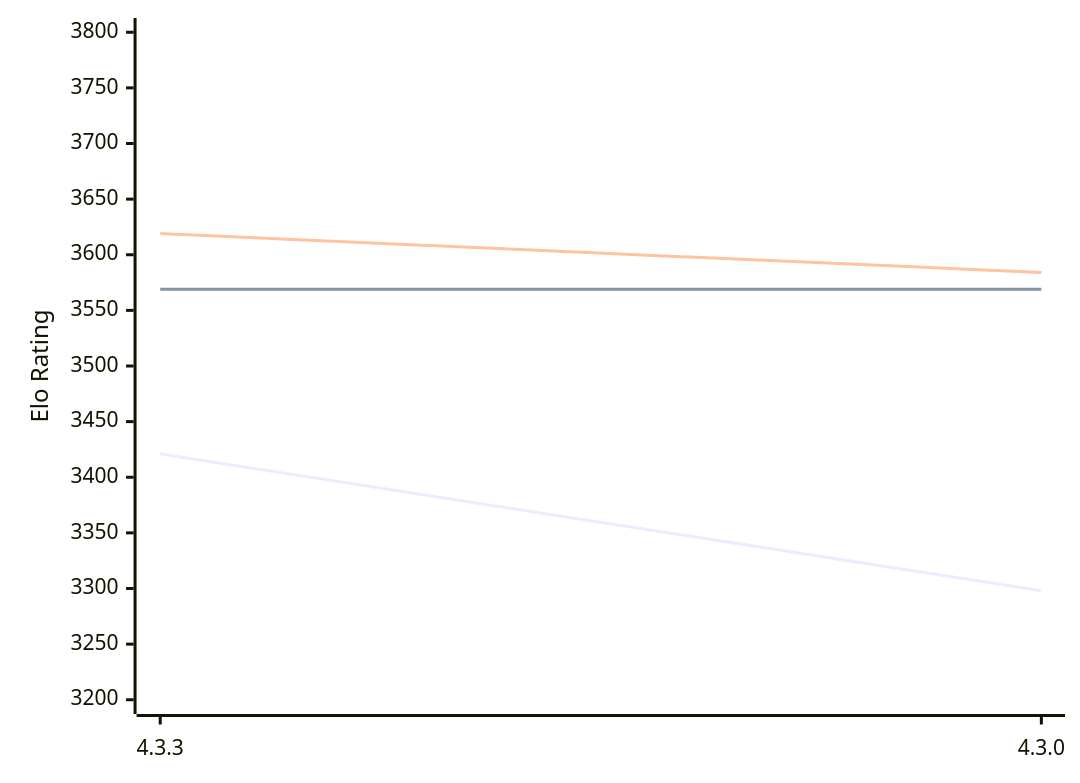
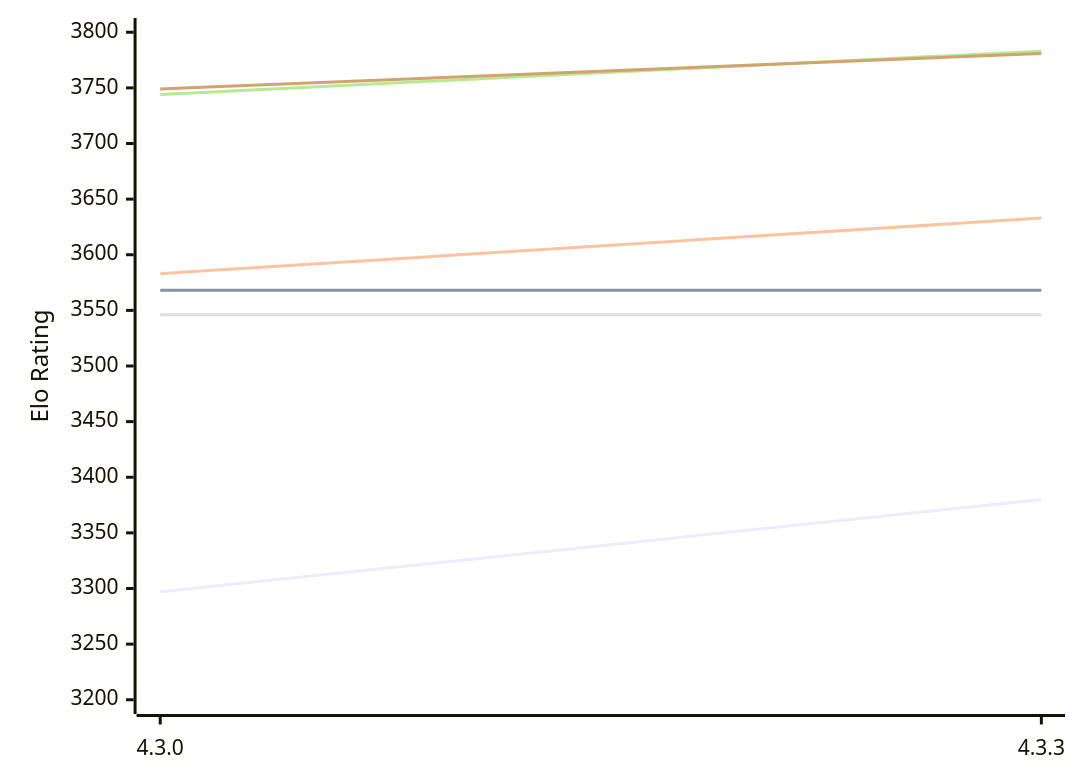
The first of 2 diagrams in engines/Gaia.md (computer-chess-index/cci), drawn with Mermaid before and after one commit. The commit also changed other lines of this file, not shown here.

Commit message:
Update CCI Ratings (ELO VLTC) - 2026-10-11

````diff
--- a/engines/Gaia.md
+++ b/engines/Gaia.md
@@ -54,12 +55,12 @@
 ```mermaid
 %%{init: {"theme":"base","themeVariables":{"seriesColors:['#a3a3a3','#222221','#faa371']}}}%%
 xychart-beta
-  x-axis ["4.3.3", "4.3.0"]
+  x-axis ["4.3.0", "4.3.3"]
   y-axis "Elo Rating" 3200 --> 3800
-  line "E1: STC (8.0+0.08s)" [3421, 3298]
-  line "E1: LTC (60.0+0.60s)" [3569, 3569]
-  line "E1: VLTC (2m24s+1.12s)" [3619, 3584]
-  line "P1: STC (8.0+0.08s)" [3563]
-  line "P1: LTC (60.0+0.60s)" [3758]
-  line "P1: VLTC (2m24s+1.12s)" [3764]
+  line "E1: STC (8.0+0.08s)" [3297, 3380]
+  line "E1: LTC (60.0+0.60s)" [3568, 3568]
+  line "E1: VLTC (2m24s+1.12s)" [3583, 3633]
+  line "P1: STC (8.0+0.08s)" [3546, 3546]
+  line "P1: LTC (60.0+0.60s)" [3744, 3783]
+  line "P1: VLTC (2m24s+1.12s)" [3749, 3781]
 ```
````
